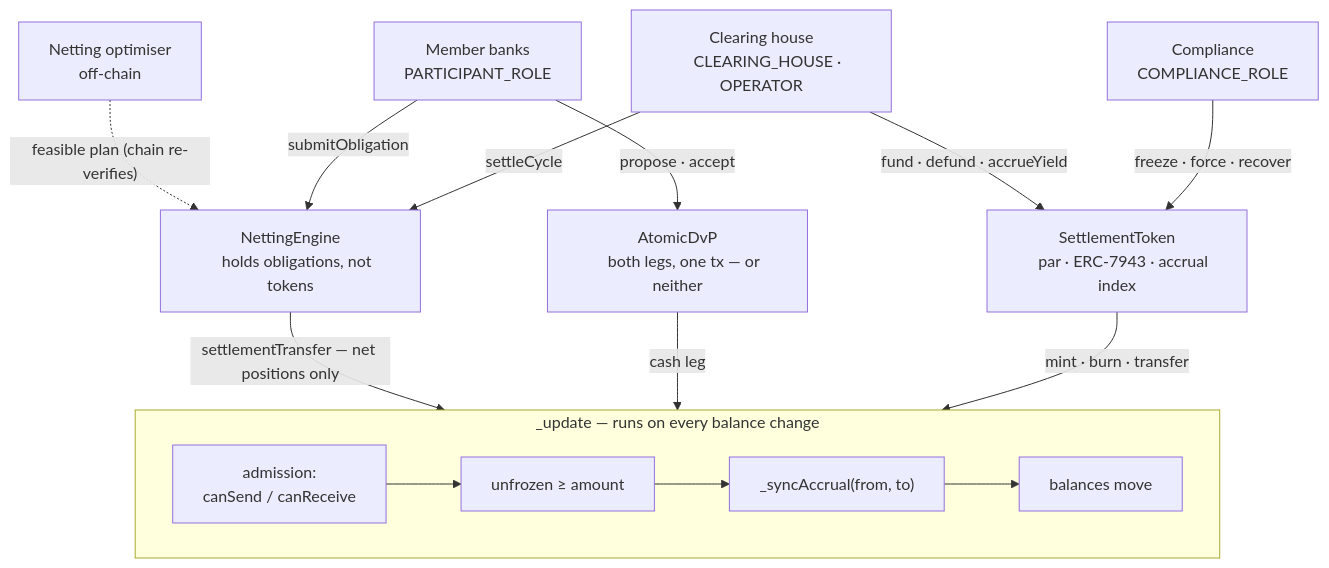
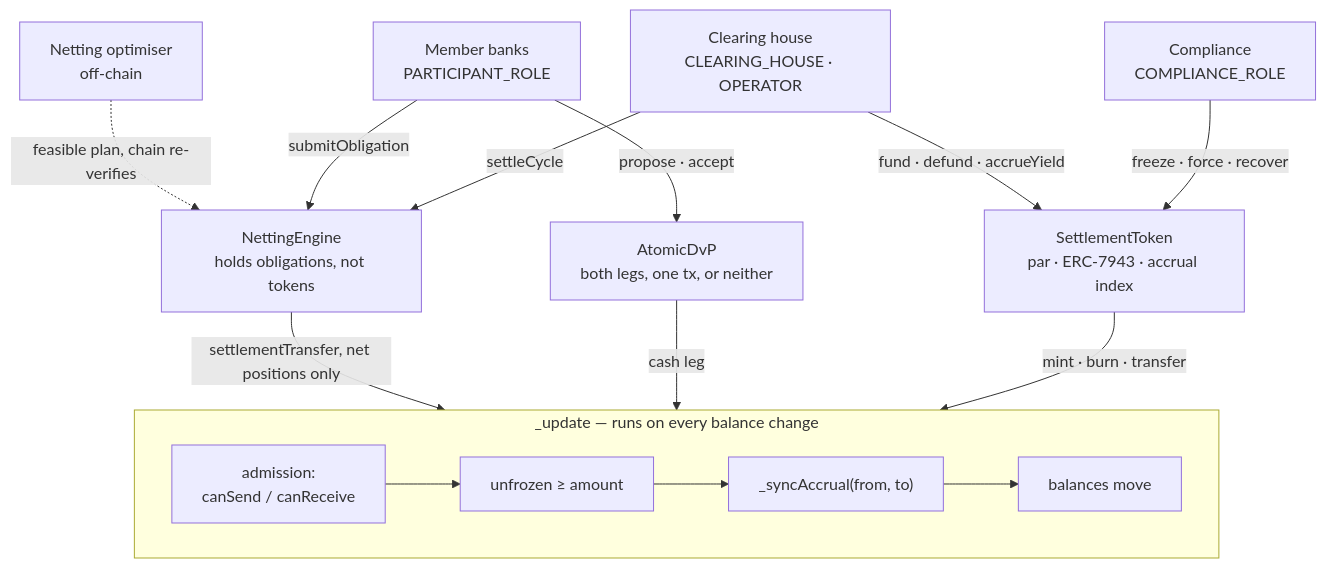
The fourth of 4 diagrams in README.md (wfblockchain/sovereign-settlement-model), drawn with Mermaid before and after one commit. The commit also changed other lines of this file, not shown here.

First line of the commit message:
README: mermaid syntax GitHub's renderer accepts

````diff
--- a/README.md
+++ b/README.md
@@ -162,27 +155,19 @@
 ```mermaid
 flowchart TB
-    OPT["Netting optimiser
-    off-chain"] -. "feasible plan (chain re-verifies)" .-> NE
-    BANKS["Member banks
-    PARTICIPANT_ROLE"] -->|"submitObligation"| NE
+    OPT["Netting optimiser<br/>off-chain"] -. "feasible plan, chain re-verifies" .-> NE
+    BANKS["Member banks<br/>PARTICIPANT_ROLE"] -->|"submitObligation"| NE
     BANKS -->|"propose · accept"| DVP
-    CH["Clearing house
-    CLEARING_HOUSE · OPERATOR"] -->|"settleCycle"| NE
+    CH["Clearing house<br/>CLEARING_HOUSE · OPERATOR"] -->|"settleCycle"| NE
     CH -->|"fund · defund · accrueYield"| TOK
-    COMP["Compliance
-    COMPLIANCE_ROLE"] -->|"freeze · force · recover"| TOK
-    NE["NettingEngine
-    holds obligations, not tokens"]
-    DVP["AtomicDvP
-    both legs, one tx — or neither"]
-    TOK["SettlementToken
-    par · ERC-7943 · accrual index"]
-    NE -->|"settlementTransfer — net positions only"| PIPE
+    COMP["Compliance<br/>COMPLIANCE_ROLE"] -->|"freeze · force · recover"| TOK
+    NE["NettingEngine<br/>holds obligations, not tokens"]
+    DVP["AtomicDvP<br/>both legs, one tx, or neither"]
+    TOK["SettlementToken<br/>par · ERC-7943 · accrual index"]
+    NE -->|"settlementTransfer, net positions only"| PIPE
     DVP -->|"cash leg"| PIPE
     TOK -->|"mint · burn · transfer"| PIPE
     subgraph PIPE["_update — runs on every balance change"]
         direction LR
-        G1["admission:
-        canSend / canReceive"] --> G2["unfrozen ≥ amount"] --> G3["_syncAccrual(from, to)"] --> G4["balances move"]
+        G1["admission:<br/>canSend / canReceive"] --> G2["unfrozen ≥ amount"] --> G3["_syncAccrual(from, to)"] --> G4["balances move"]
     end
 ```
````
